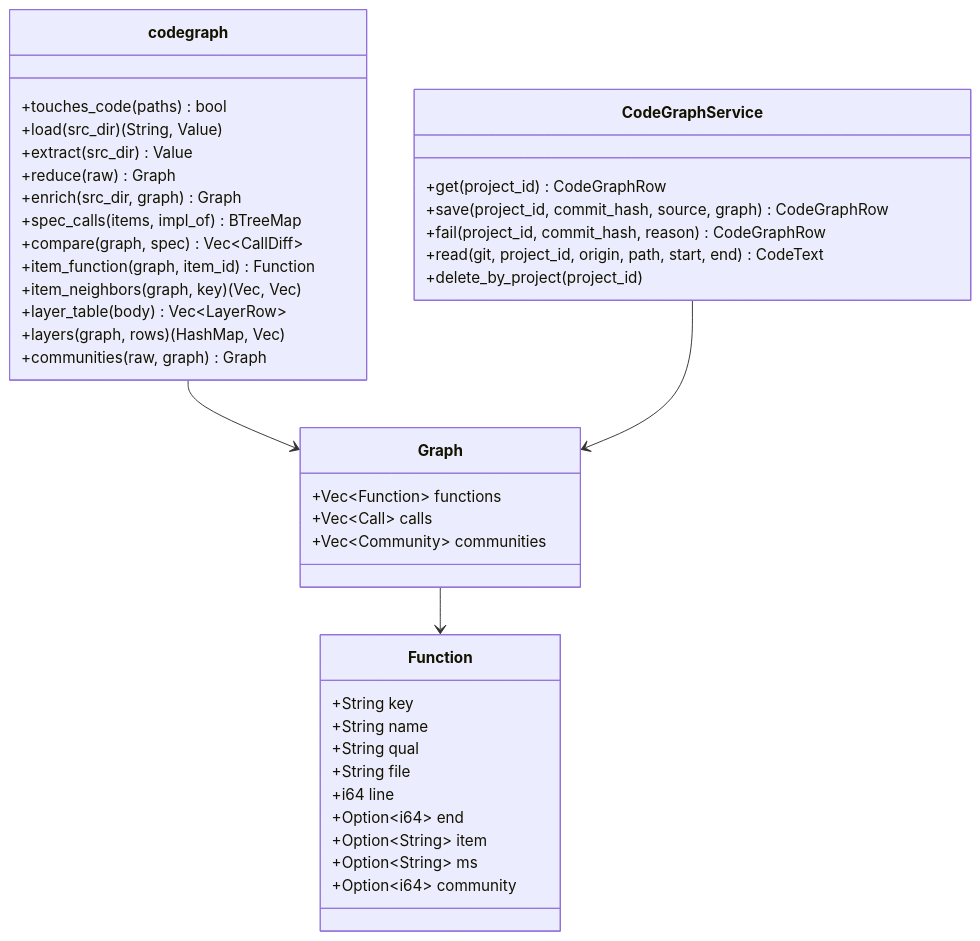
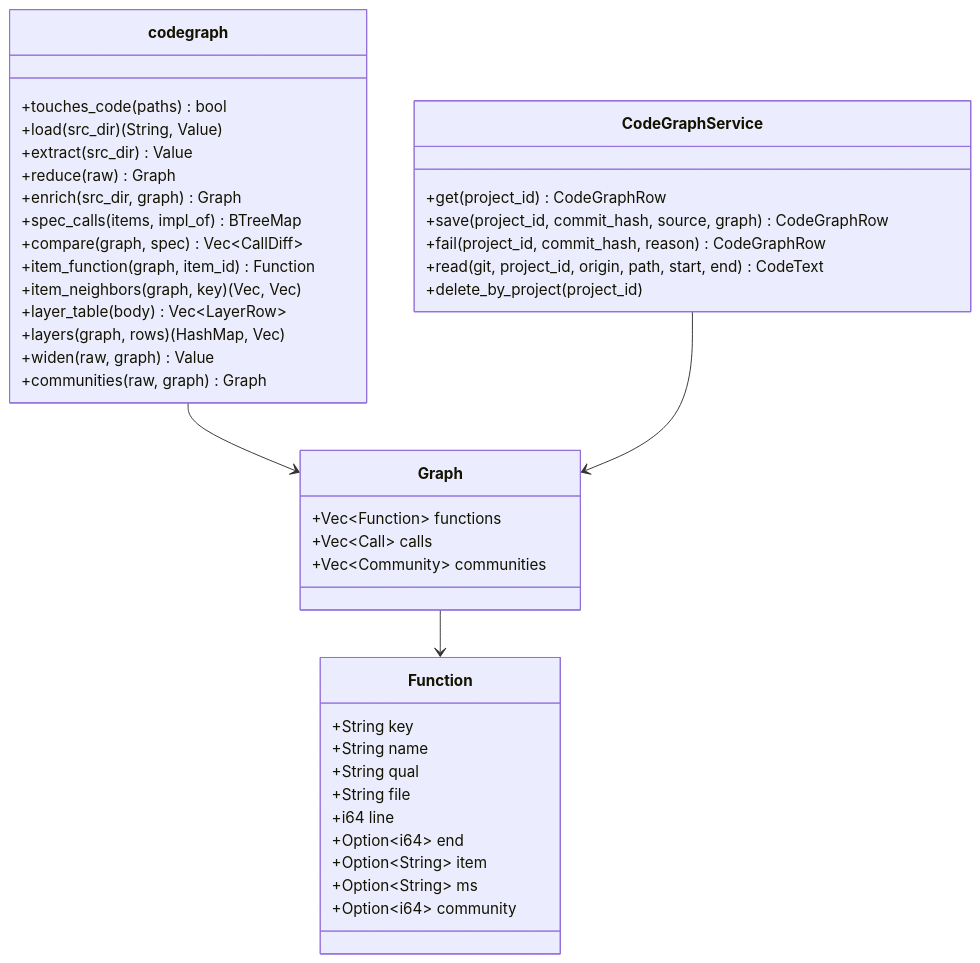
Before and after one commit to HoyoungParkme/syncdoc: the ninth of 10 diagrams in docs/specs/06-DOM/SYNC-DOM-004.md, drawn with Mermaid. The commit also changed other lines of this file and 10 other files, not shown here.

First line of the commit message:
card(L20): 커뮤니티 넓히기 — graph.json 없는 저장소의 Rust·TS 함수도 묶는다, 판 0.3.2 (#400)

````diff
--- a/docs/specs/06-DOM/SYNC-DOM-004.md
+++ b/docs/specs/06-DOM/SYNC-DOM-004.md
@@ -816,43 +816,44 @@
 ```mermaid
 classDiagram
     class codegraph {
         +touches_code(paths) bool
         +load(src_dir) (String, Value)
         +extract(src_dir) Value
         +reduce(raw) Graph
         +enrich(src_dir, graph) Graph
         +spec_calls(items, impl_of) BTreeMap
         +compare(graph, spec) Vec~CallDiff~
         +item_function(graph, item_id) Function
         +item_neighbors(graph, key) (Vec, Vec)
         +layer_table(body) Vec~LayerRow~
         +layers(graph, rows) (HashMap, Vec)
+        +widen(raw, graph) Value
         +communities(raw, graph) Graph
     }
     class Graph {
         +Vec~Function~ functions
         +Vec~Call~ calls
         +Vec~Community~ communities
     }
     class Function {
         +String key
         +String name
         +String qual
         +String file
         +i64 line
         +Option~i64~ end
         +Option~String~ item
         +Option~String~ ms
         +Option~i64~ community
     }
     class CodeGraphService {
         +get(project_id) CodeGraphRow
         +save(project_id, commit_hash, source, graph) CodeGraphRow
         +fail(project_id, commit_hash, reason) CodeGraphRow
         +read(git, project_id, origin, path, start, end) CodeText
         +delete_by_project(project_id)
     }
     codegraph --> Graph
     Graph --> Function
     CodeGraphService --> Graph
 ```
````
